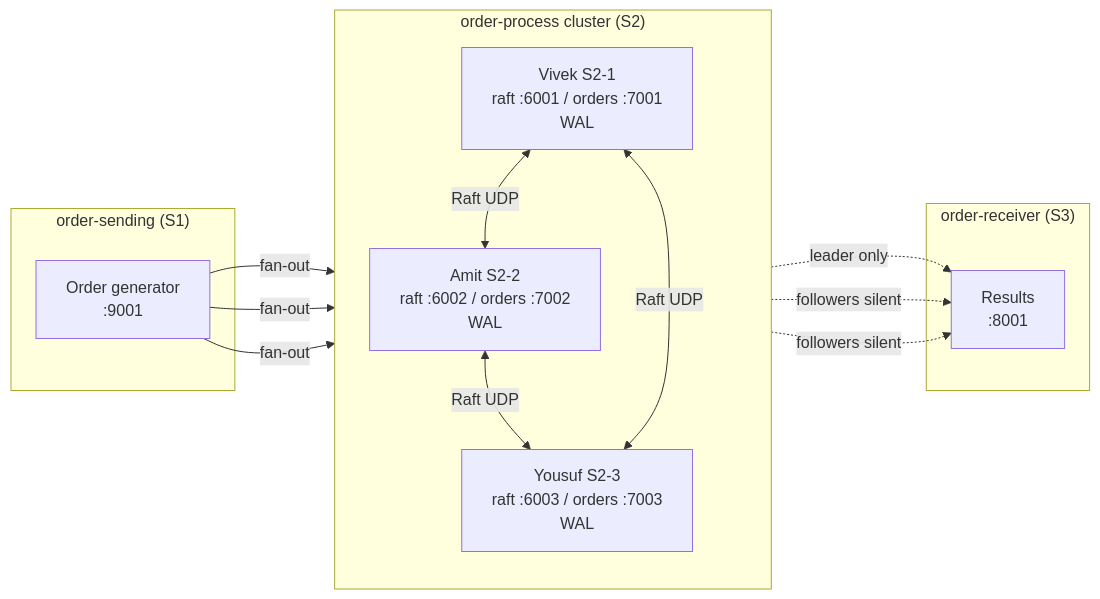
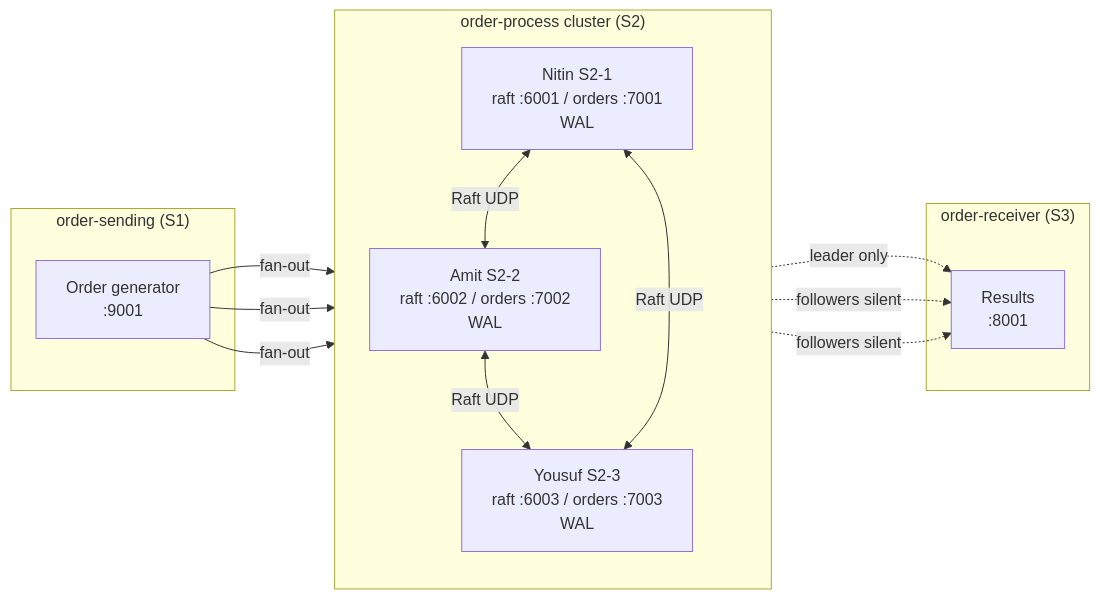
The diagram in README.md (yousuf788/oms), drawn with Mermaid before and after one commit. The commit also changed other lines of this file and 9 other files, not shown here.

First line of the commit message:
feat: label order-witness logs with node name+IP; finish Vivek->Nitin rename

````diff
--- a/README.md
+++ b/README.md
@@ -18,27 +18,27 @@
 ```mermaid
 flowchart LR
     subgraph S1["order-sending (S1)"]
         Sender["Order generator\n:9001"]
     end
 
     subgraph S2["order-process cluster (S2)"]
         direction TB
-        N1["Vivek S2-1\nraft :6001 / orders :7001\nWAL"]
+        N1["Nitin S2-1\nraft :6001 / orders :7001\nWAL"]
         N2["Amit S2-2\nraft :6002 / orders :7002\nWAL"]
         N3["Yousuf S2-3\nraft :6003 / orders :7003\nWAL"]
         N1 <-->|"Raft UDP"| N2
         N2 <-->|"Raft UDP"| N3
         N3 <-->|"Raft UDP"| N1
     end
 
     subgraph S3["order-receiver (S3)"]
         Receiver["Results\n:8001"]
     end
 
     Sender -->|"fan-out"| N1
     Sender -->|"fan-out"| N2
     Sender -->|"fan-out"| N3
     N1 -.->|"leader only"| Receiver
     N2 -.->|"followers silent"| Receiver
     N3 -.->|"followers silent"| Receiver
 ```
````
